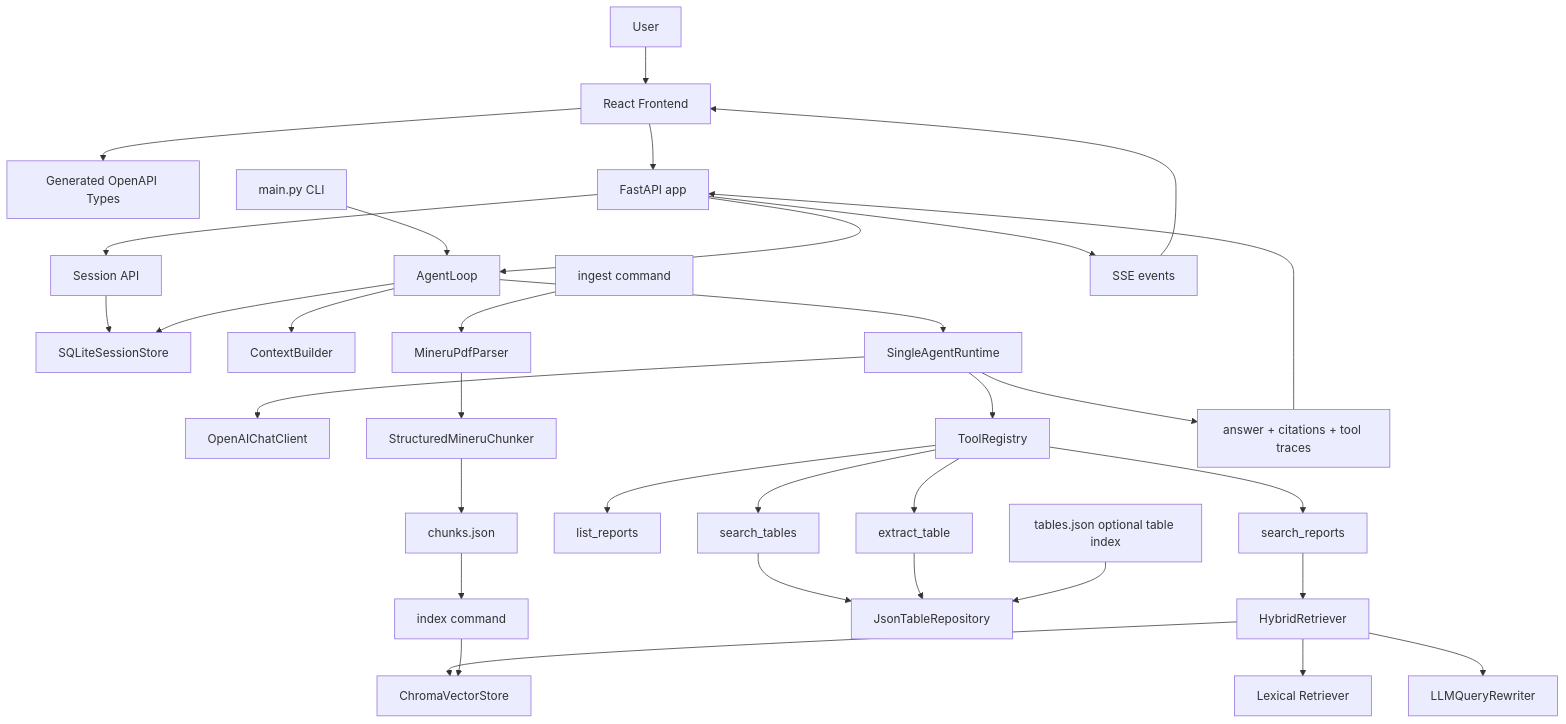
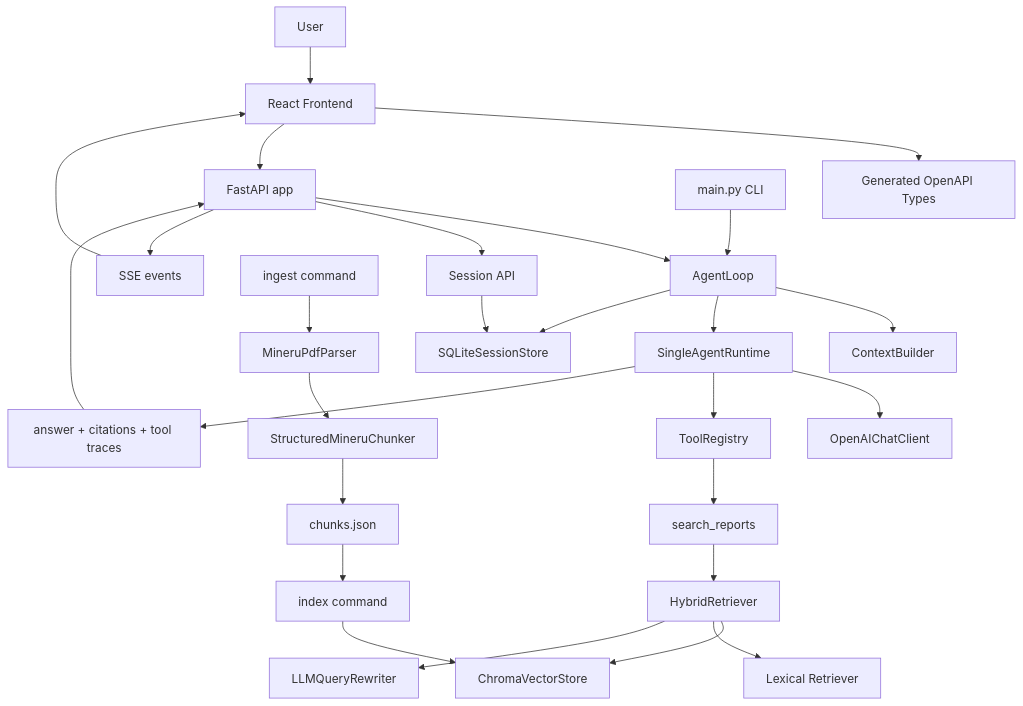
Before and after one commit to s0meb0dy3/financial-report-rag: the diagram in doc/project-architecture.md, drawn with Mermaid. The commit also changed other lines of this file and 32 other files, not shown here.

````diff
--- a/doc/project-architecture.md
+++ b/doc/project-architecture.md
@@ -301,42 +305,35 @@
 ```mermaid
 flowchart TD
     User["User"] --> UI["React Frontend"]
     UI --> Schema["Generated OpenAPI Types"]
     UI --> API["FastAPI app"]
 
     CLI["main.py CLI"] --> Agent["AgentLoop"]
     API --> Agent
     API --> SessionsApi["Session API"]
     SessionsApi --> SQLite["SQLiteSessionStore"]
 
     Agent --> Context["ContextBuilder"]
     Agent --> Runtime["SingleAgentRuntime"]
     Agent --> SQLite
 
     Runtime --> LLM["OpenAIChatClient"]
     Runtime --> Registry["ToolRegistry"]
     Registry --> SearchReports["search_reports"]
-    Registry --> ListReports["list_reports"]
-    Registry --> SearchTables["search_tables"]
-    Registry --> ExtractTable["extract_table"]
 
     SearchReports --> Hybrid["HybridRetriever"]
     Hybrid --> Chroma["ChromaVectorStore"]
     Hybrid --> Lexical["Lexical Retriever"]
     Hybrid --> Rewriter["LLMQueryRewriter"]
 
-    SearchTables --> Tables["JsonTableRepository"]
-    ExtractTable --> Tables
-
     Ingest["ingest command"] --> MinerU["MineruPdfParser"]
     MinerU --> Chunker["StructuredMineruChunker"]
     Chunker --> Chunks["chunks.json"]
     Chunks --> Index["index command"]
     Index --> Chroma
-    TablesJson["tables.json optional table index"] --> Tables
 
     Runtime --> Result["answer + citations + tool traces"]
     Result --> API
     API --> Stream["SSE events"]
     Stream --> UI
 ```
````
